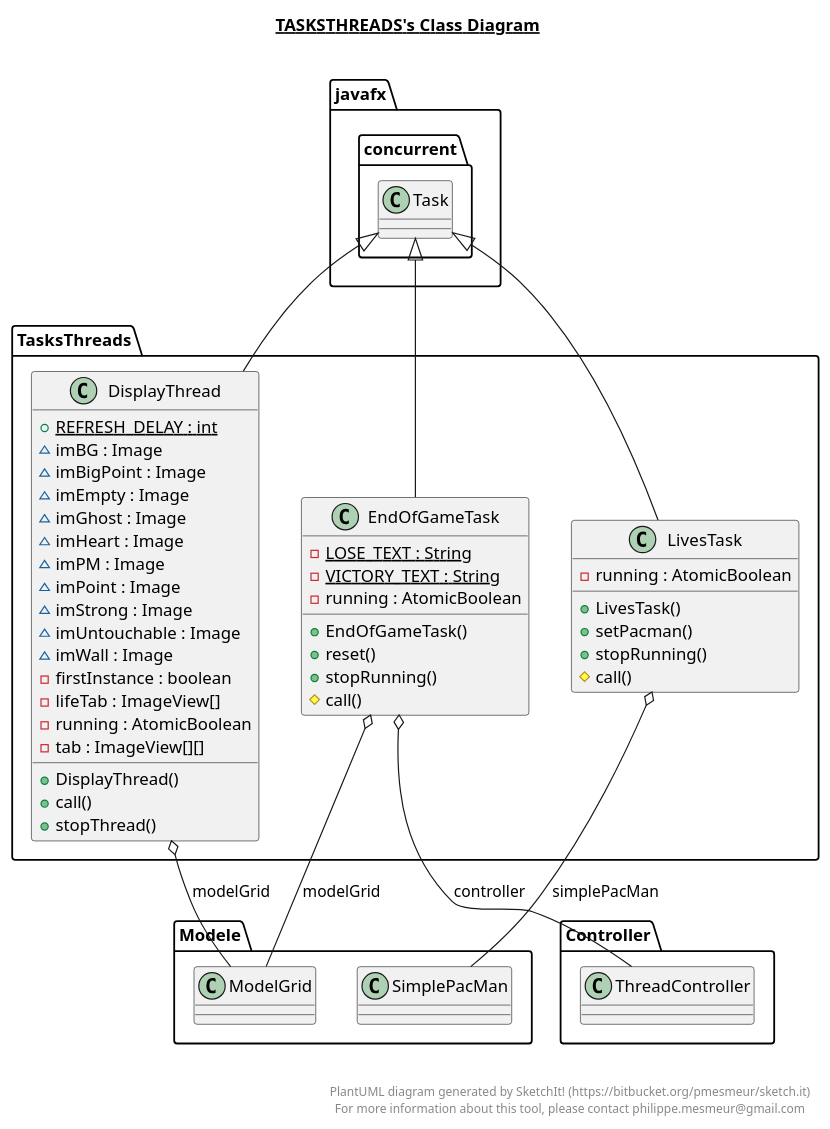
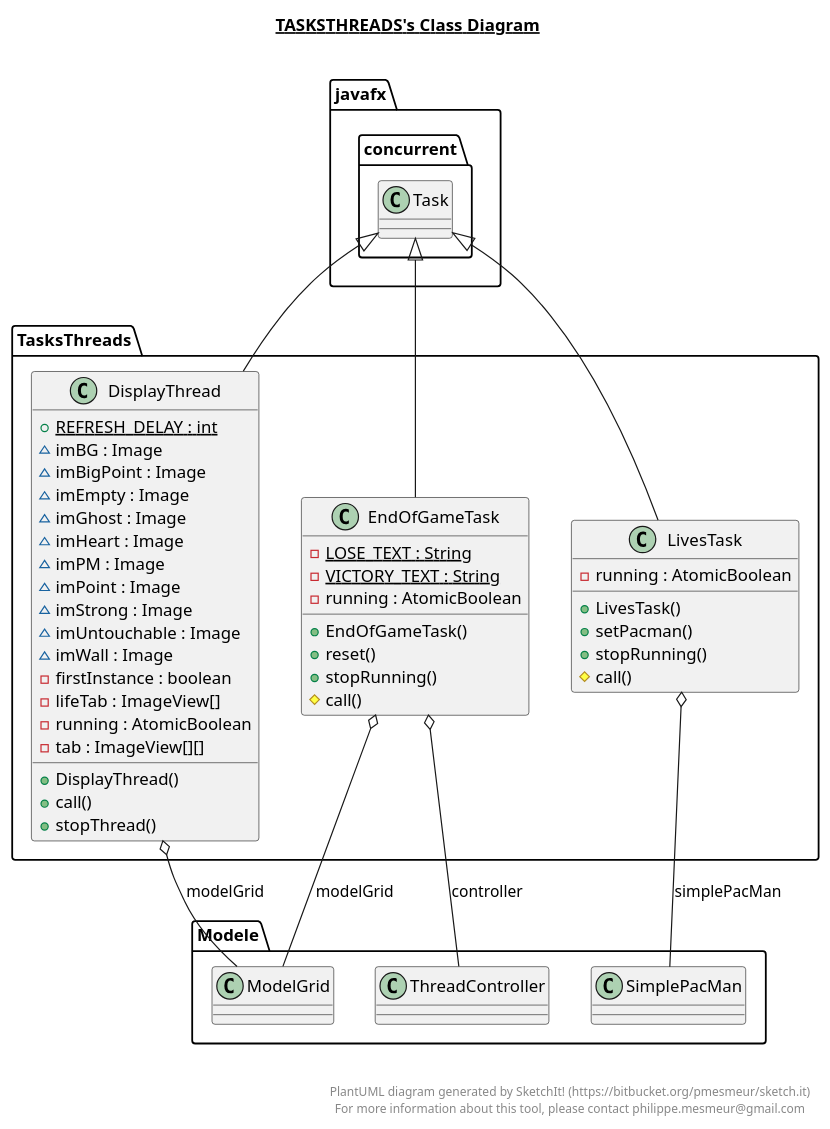
One commit to SimonGaufreteau/PacMan-Java changed the diagram in src/TasksThreads/TasksThreads.plantuml. Above: the diagram before and after it, drawn with PlantUML. The commit also changed 10 other files, not shown here.

```diff
--- a/src/TasksThreads/TasksThreads.plantuml
+++ b/src/TasksThreads/TasksThreads.plantuml
@@ -1,69 +1,69 @@
 @startuml
 
 title __TASKSTHREADS's Class Diagram__\n
 
   namespace TasksThreads {
     class TasksThreads.DisplayThread {
         {static} + REFRESH_DELAY : int
         ~ imBG : Image
         ~ imBigPoint : Image
         ~ imEmpty : Image
         ~ imGhost : Image
         ~ imHeart : Image
         ~ imPM : Image
         ~ imPoint : Image
         ~ imStrong : Image
         ~ imUntouchable : Image
         ~ imWall : Image
         - firstInstance : boolean
         - lifeTab : ImageView[]
         - running : AtomicBoolean
         - tab : ImageView[][]
         + DisplayThread()
         + call()
         + stopThread()
     }
   }
   
 
   namespace TasksThreads {
     class TasksThreads.EndOfGameTask {
         {static} - LOSE_TEXT : String
         {static} - VICTORY_TEXT : String
         - running : AtomicBoolean
         + EndOfGameTask()
         + reset()
         + stopRunning()
         # call()
     }
   }
   
 
   namespace TasksThreads {
     class TasksThreads.LivesTask {
         - running : AtomicBoolean
         + LivesTask()
         + setPacman()
         + stopRunning()
         # call()
     }
   }
   
 
   TasksThreads.DisplayThread -up-|> javafx.concurrent.Task
   TasksThreads.DisplayThread o-- Modele.ModelGrid : modelGrid
   TasksThreads.EndOfGameTask -up-|> javafx.concurrent.Task
-  TasksThreads.EndOfGameTask o-- Controller.ThreadController : controller
+  TasksThreads.EndOfGameTask o-- Modele.ThreadController : controller
   TasksThreads.EndOfGameTask o-- Modele.ModelGrid : modelGrid
   TasksThreads.LivesTask -up-|> javafx.concurrent.Task
   TasksThreads.LivesTask o-- Modele.SimplePacMan : simplePacMan
 
 
 right footer
 
 
 PlantUML diagram generated by SketchIt! (https://bitbucket.org/pmesmeur/sketch.it)
 For more information about this tool, please contact philippe.mesmeur@gmail.com
 endfooter
 
 @enduml
```
